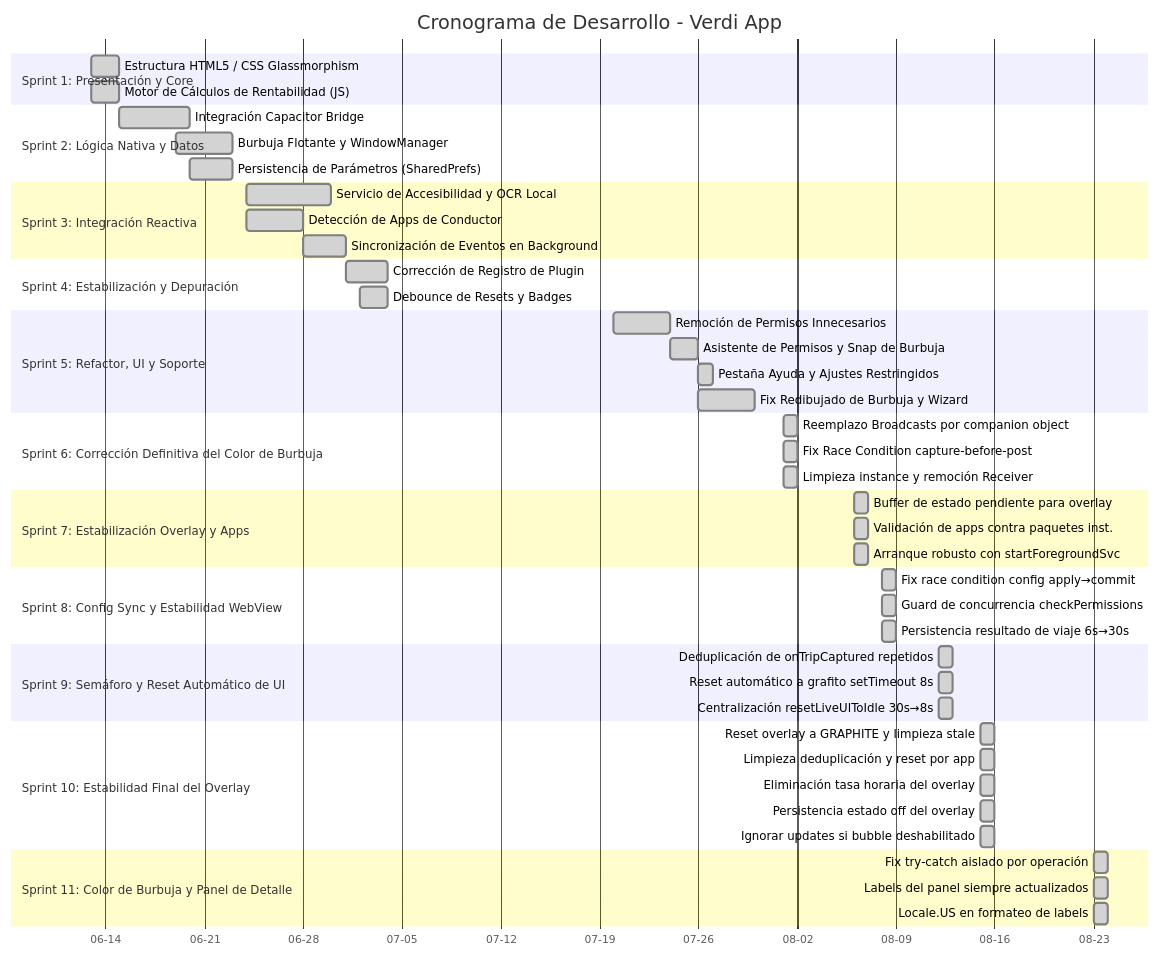
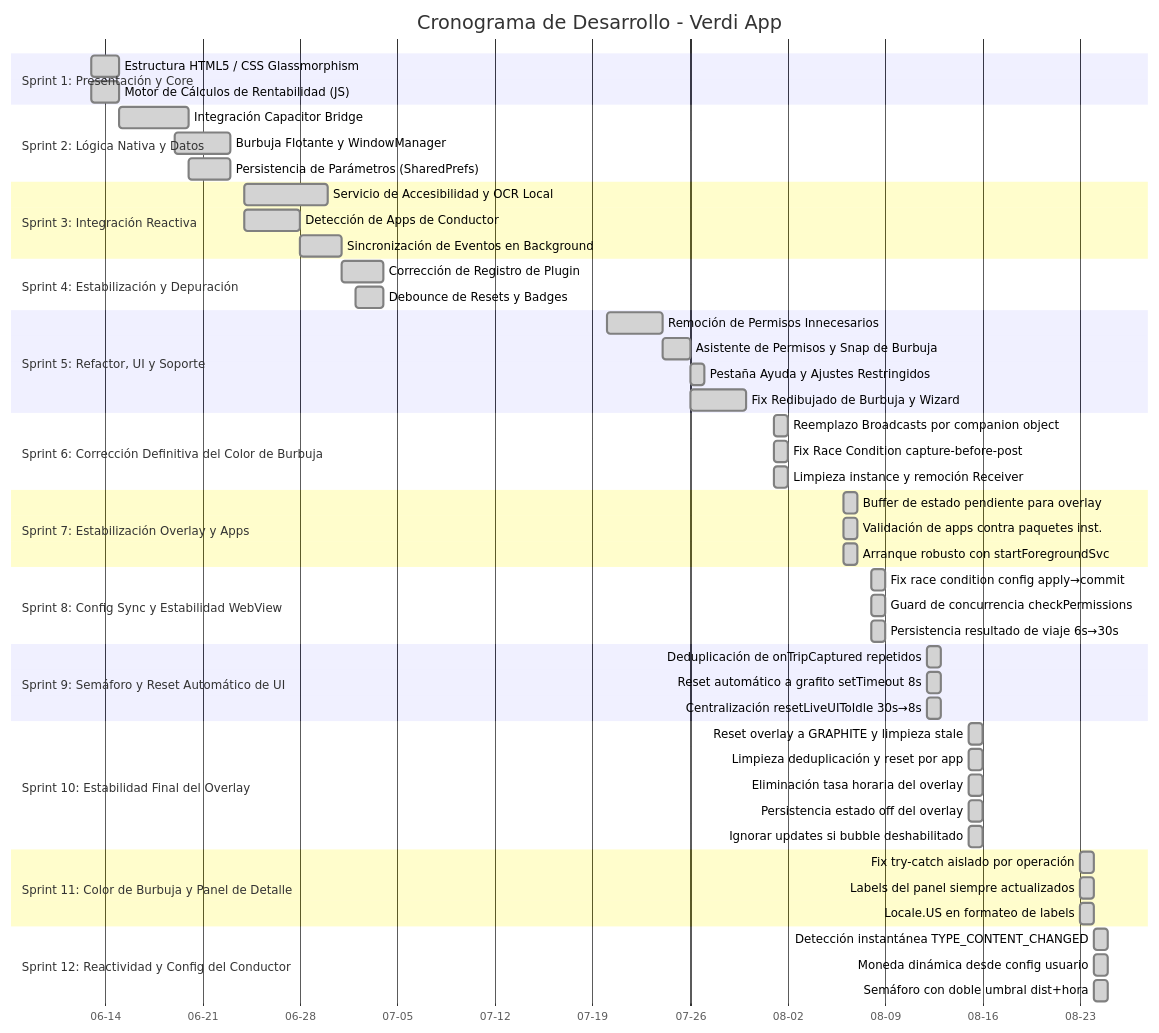
One commit to JorgeFreire95/Verdi changed the diagram in CRONOGRAMA_DESARROLLO.md. Above: the diagram before and after it, drawn with Mermaid. The commit also changed other lines of this file, not shown here.

````diff
--- a/CRONOGRAMA_DESARROLLO.md
+++ b/CRONOGRAMA_DESARROLLO.md
@@ -11,62 +11,67 @@
 ```mermaid
 gantt
     title Cronograma de Desarrollo - Verdi App
     dateFormat  YYYY-MM-DD
     axisFormat  %m-%d
     
     section Sprint 1: Presentación y Core
     Estructura HTML5 / CSS Glassmorphism     :done, s1a, 2026-06-13, 2d
     Motor de Cálculos de Rentabilidad (JS)   :done, s1b, 2026-06-13, 2d
     
     section Sprint 2: Lógica Nativa y Datos
     Integración Capacitor Bridge             :done, s2a, 2026-06-15, 5d
     Burbuja Flotante y WindowManager         :done, s2b, 2026-06-19, 4d
     Persistencia de Parámetros (SharedPrefs) :done, s2c, 2026-06-20, 3d
     
     section Sprint 3: Integración Reactiva
     Servicio de Accesibilidad y OCR Local    :done, s3a, 2026-06-24, 6d
     Detección de Apps de Conductor           :done, s3b, 2026-06-24, 4d
     Sincronización de Eventos en Background  :done, s3c, 2026-06-28, 3d
     
     section Sprint 4: Estabilización y Depuración
     Corrección de Registro de Plugin         :done, s4a, 2026-07-01, 3d
     Debounce de Resets y Badges              :done, s4b, 2026-07-02, 2d
     
     section Sprint 5: Refactor, UI y Soporte
     Remoción de Permisos Innecesarios        :done, s5a, 2026-07-20, 4d
     Asistente de Permisos y Snap de Burbuja  :done, s5b, 2026-07-24, 2d
     Pestaña Ayuda y Ajustes Restringidos     :done, s5c, 2026-07-26, 1d
     Fix Redibujado de Burbuja y Wizard       :done, s5d, 2026-07-26, 4d
     
     section Sprint 6: Corrección Definitiva del Color de Burbuja
     Reemplazo Broadcasts por companion object :done, s6a, 2026-08-01, 1d
     Fix Race Condition capture-before-post    :done, s6b, 2026-08-01, 1d
     Limpieza instance y remoción Receiver     :done, s6c, 2026-08-01, 1d
 
     section Sprint 7: Estabilización Overlay y Apps
     Buffer de estado pendiente para overlay   :done, s7a, 2026-08-06, 1d
     Validación de apps contra paquetes inst.  :done, s7b, 2026-08-06, 1d
     Arranque robusto con startForegroundSvc   :done, s7c, 2026-08-06, 1d
 
     section Sprint 8: Config Sync y Estabilidad WebView
     Fix race condition config apply→commit    :done, s8a, 2026-08-08, 1d
     Guard de concurrencia checkPermissions    :done, s8b, 2026-08-08, 1d
     Persistencia resultado de viaje 6s→30s   :done, s8c, 2026-08-08, 1d
 
     section Sprint 9: Semáforo y Reset Automático de UI
     Deduplicación de onTripCaptured repetidos :done, s9a, 2026-08-12, 1d
     Reset automático a grafito setTimeout 8s  :done, s9b, 2026-08-12, 1d
     Centralización resetLiveUIToIdle 30s→8s   :done, s9c, 2026-08-12, 1d
 
     section Sprint 10: Estabilidad Final del Overlay
     Reset overlay a GRAPHITE y limpieza stale :done, s10a, 2026-08-15, 1d
     Limpieza deduplicación y reset por app    :done, s10b, 2026-08-15, 1d
     Eliminación tasa horaria del overlay      :done, s10c, 2026-08-15, 1d
     Persistencia estado off del overlay       :done, s10d, 2026-08-15, 1d
     Ignorar updates si bubble deshabilitado   :done, s10e, 2026-08-15, 1d
 
     section Sprint 11: Color de Burbuja y Panel de Detalle
     Fix try-catch aislado por operación      :done, s11a, 2026-08-23, 1d
     Labels del panel siempre actualizados    :done, s11b, 2026-08-23, 1d
     Locale.US en formateo de labels          :done, s11c, 2026-08-23, 1d
+
+    section Sprint 12: Reactividad y Config del Conductor
+    Detección instantánea TYPE_CONTENT_CHANGED :done, s12a, 2026-08-24, 1d
+    Moneda dinámica desde config usuario       :done, s12b, 2026-08-24, 1d
+    Semáforo con doble umbral dist+hora        :done, s12c, 2026-08-24, 1d
 ```
````
